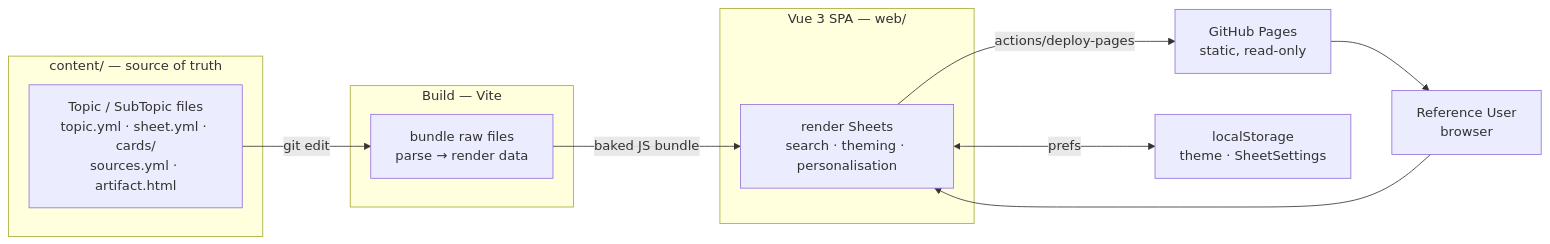
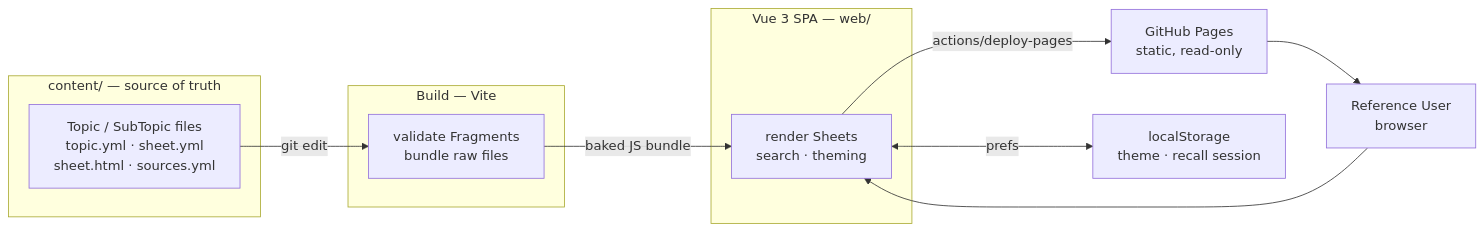
One commit to Povaz/cheatsheets changed the first of 2 diagrams in docs/hldd/hldd.md. Above: the diagram before and after it, drawn with Mermaid. The commit also changed other lines of this file and 10 other files, not shown here.

First line of the commit message:
docs(hldd): Spec — CheatSheets v2.0 single native Sheet format

````diff
--- a/docs/hldd/hldd.md
+++ b/docs/hldd/hldd.md
@@ -116,22 +113,22 @@
 ```mermaid
 flowchart LR
     subgraph authoring["content/ — source of truth"]
-        C["Topic / SubTopic files<br/>topic.yml · sheet.yml · cards/<br/>sources.yml · artifact.html"]
+        C["Topic / SubTopic files<br/>topic.yml · sheet.yml<br/>sheet.html · sources.yml"]
     end
     subgraph build["Build — Vite"]
-        B["bundle raw files<br/>parse → render data"]
+        B["validate Fragments<br/>bundle raw files"]
     end
     subgraph app["Vue 3 SPA — web/"]
-        A["render Sheets<br/>search · theming · personalisation"]
+        A["render Sheets<br/>search · theming"]
     end
     H["GitHub Pages<br/>static, read-only"]
     U["Reference User<br/>browser"]
-    LS["localStorage<br/>theme · SheetSettings"]
+    LS["localStorage<br/>theme · recall session"]
 
     C -->|git edit| B
     B -->|baked JS bundle| A
     A -->|actions/deploy-pages| H
     H --> U
     U --> A
     A <-->|prefs| LS
 ```
````
